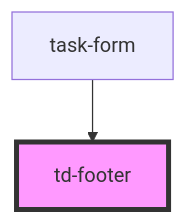
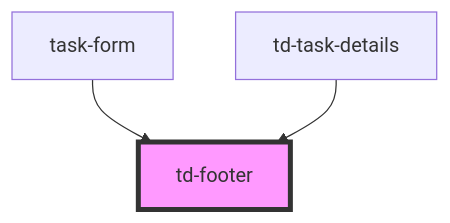
Before and after one commit to ajarana/to-done: the diagram in libs/ui/src/components/td-footer/readme.md, drawn with Mermaid. The commit also changed other lines of this file and 63 other files, not shown here.

Commit message:
Task details page; edit task page; mark complete; styling updates

````diff
--- a/libs/ui/src/components/td-footer/readme.md
+++ b/libs/ui/src/components/td-footer/readme.md
@@ -22,5 +23,6 @@
 ```mermaid
 graph TD;
   task-form --> td-footer
+  td-task-details --> td-footer
   style td-footer fill:#f9f,stroke:#333,stroke-width:4px
 ```
````
